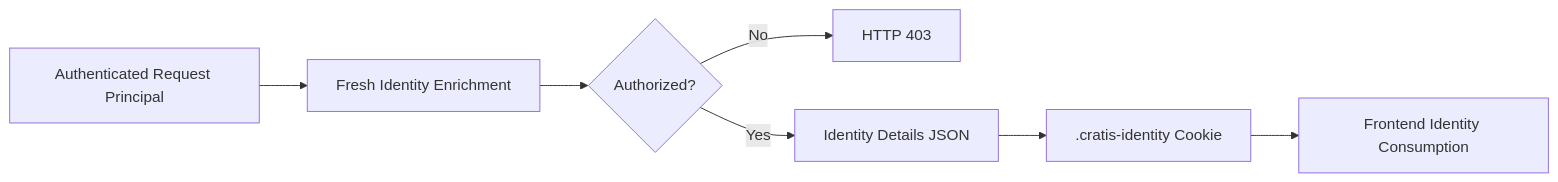
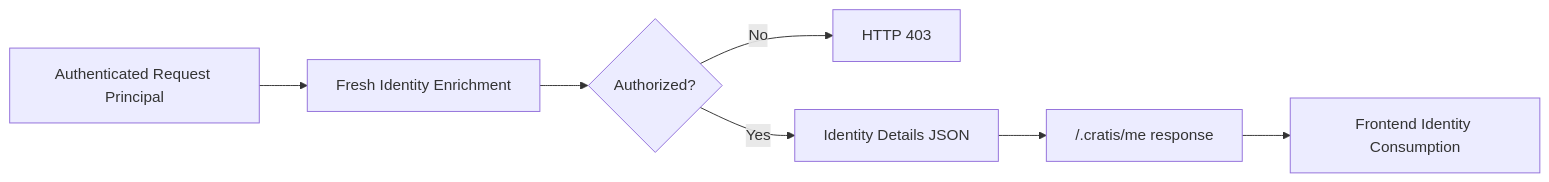
Before and after one commit to Cratis/Arc: the diagram in Documentation/backend/csharp/identity/index.md, drawn with Mermaid. The commit also changed other lines of this file and 68 other files, not shown here.

First line of the commit message:
Derive identity only from the authenticated request and stop using the .cratis-identity cookie (#2949)

````diff
--- a/Documentation/backend/csharp/identity/index.md
+++ b/Documentation/backend/csharp/identity/index.md
@@ -19,9 +19,9 @@
 ```mermaid
 flowchart LR
     A[Authenticated Request Principal] --> B[Fresh Identity Enrichment]
     B --> C{Authorized?}
     C -- No --> D[HTTP 403]
     C -- Yes --> E[Identity Details JSON]
-    E --> F[.cratis-identity Cookie]
+    E --> F["/.cratis/me response"]
     F --> G[Frontend Identity Consumption]
 ```
````
